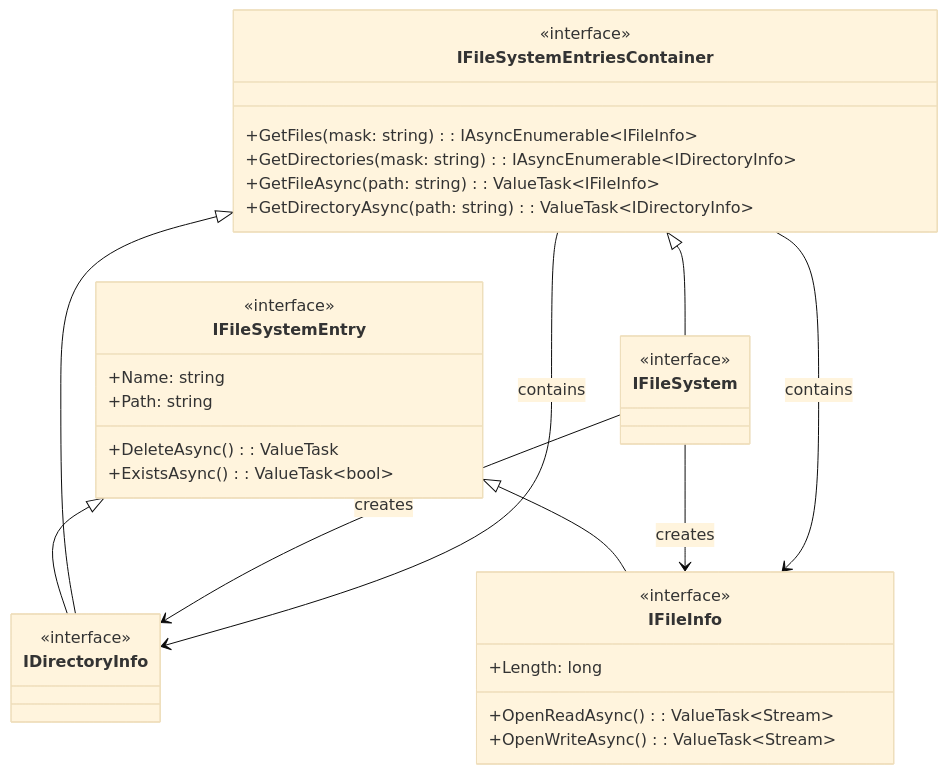
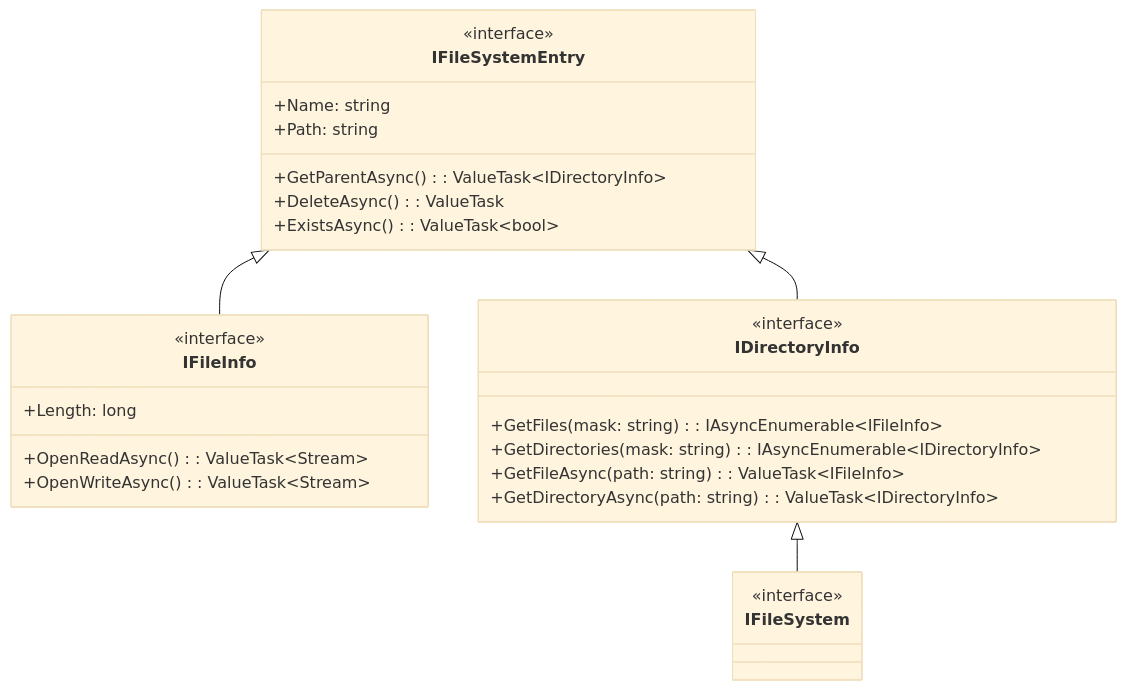
The first of 3 diagrams in docs/architecture/storage/file-system.md (o2alexanderfedin/Nolock.social.frontends), drawn with Mermaid (base theme) before and after one commit. The commit also changed other lines of this file, not shown here.

First line of the commit message:
refactor(docs): simplify file system architecture documentation

````diff
--- a/docs/architecture/storage/file-system.md
+++ b/docs/architecture/storage/file-system.md
@@ -27,43 +27,34 @@
 ```mermaid
 classDiagram
     class IFileSystemEntry {
         <<interface>>
         +Name: string
         +Path: string
+        +GetParentAsync(): ValueTask~IDirectoryInfo~
         +DeleteAsync(): ValueTask
         +ExistsAsync(): ValueTask~bool~
     }
 
     class IFileInfo {
         <<interface>>
         +Length: long
         +OpenReadAsync(): ValueTask~Stream~
         +OpenWriteAsync(): ValueTask~Stream~
     }
 
-    class IFileSystemEntriesContainer {
+    class IDirectoryInfo {
         <<interface>>
         +GetFiles(mask: string): IAsyncEnumerable~IFileInfo~
         +GetDirectories(mask: string): IAsyncEnumerable~IDirectoryInfo~
         +GetFileAsync(path: string): ValueTask~IFileInfo~
         +GetDirectoryAsync(path: string): ValueTask~IDirectoryInfo~
-    }
-
-    class IDirectoryInfo {
-        <<interface>>
     }
 
     class IFileSystem {
         <<interface>>
     }
 
     IFileSystemEntry <|-- IFileInfo
     IFileSystemEntry <|-- IDirectoryInfo
-    IFileSystemEntriesContainer <|-- IDirectoryInfo
-    IFileSystemEntriesContainer <|-- IFileSystem
-
-    IFileSystem --> IDirectoryInfo : creates
-    IFileSystem --> IFileInfo : creates
-    IFileSystemEntriesContainer --> IFileInfo : contains
-    IFileSystemEntriesContainer --> IDirectoryInfo : contains
+    IDirectoryInfo <|-- IFileSystem
 ```
````
